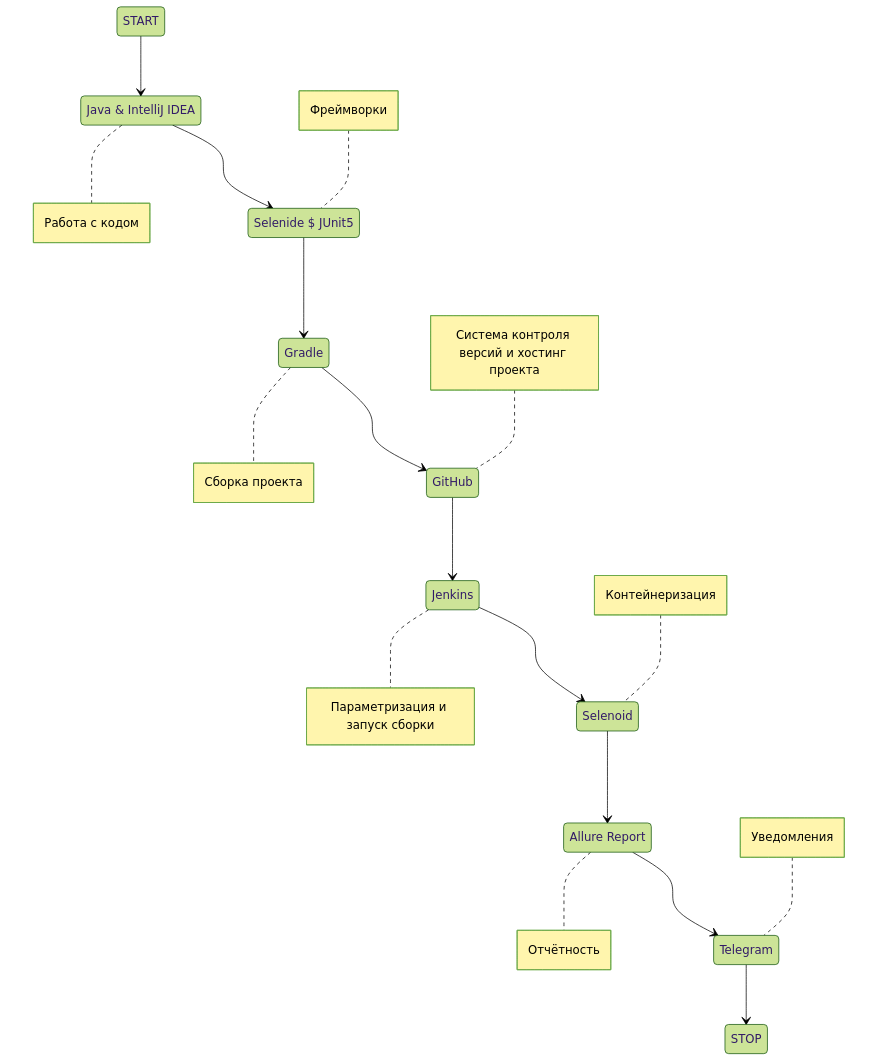
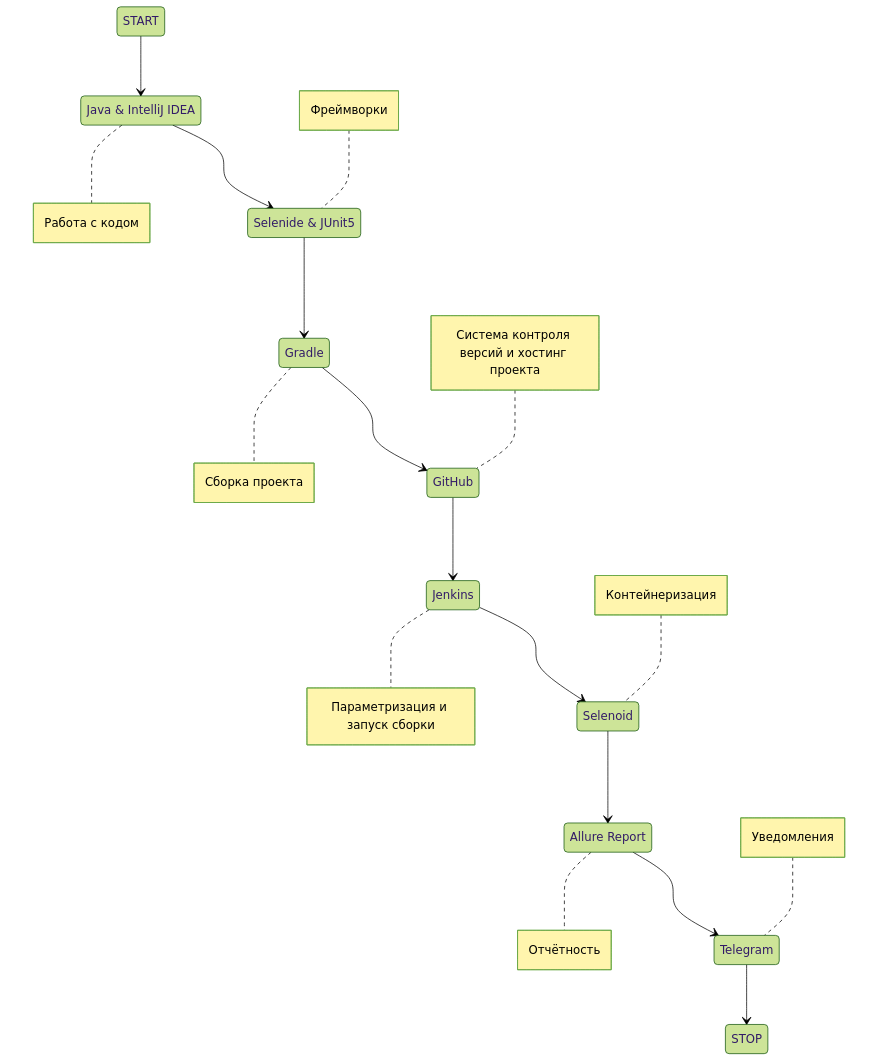
Before and after one commit to SergeevSergeiS/Wildberries: the diagram in README.md, drawn with Mermaid (forest theme).

Commit message:
README.md created

````diff
--- a/README.md
+++ b/README.md
@@ -1,30 +1,30 @@
 ```mermaid        
     stateDiagram-v2
         State1: START
         State2: Java & IntelliJ IDEA
-        State3: Selenide $ JUnit5
+        State3: Selenide & JUnit5
         State4: Gradle
         State5: GitHub
         State6: Jenkins
         State7: Selenoid
         State8: Allure Report
         State9: Telegram
         State10: STOP
         State1 --> State2
         State2 --> State3
         State3 --> State4
         State4 --> State5
         State5 --> State6
         State6 --> State7
         State7 --> State8
         State8 --> State9
         State9 --> State10
         note right of State2 : Работа с кодом
         note left of State3 : Фреймворки
         note right of State4 : Сборка проекта
         note left of State5 : Система контроля версий и хостинг проекта
         note right of State6 : Параметризация и запуск сборки
         note left of State7 : Контейнеризация
         note right of State8 : Отчётность
         note left of State9 : Уведомления
 ```
````
